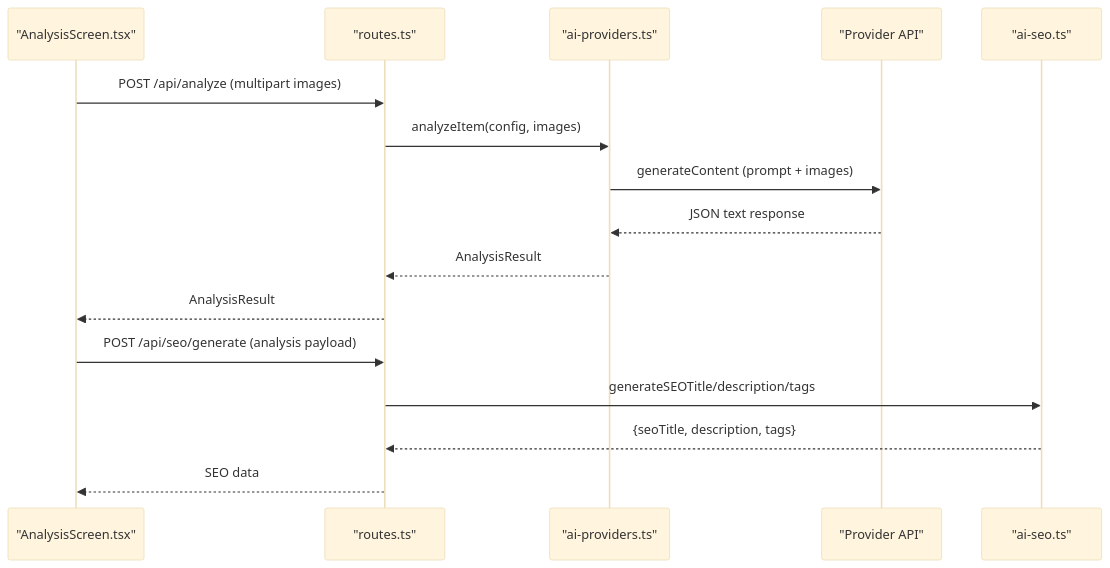
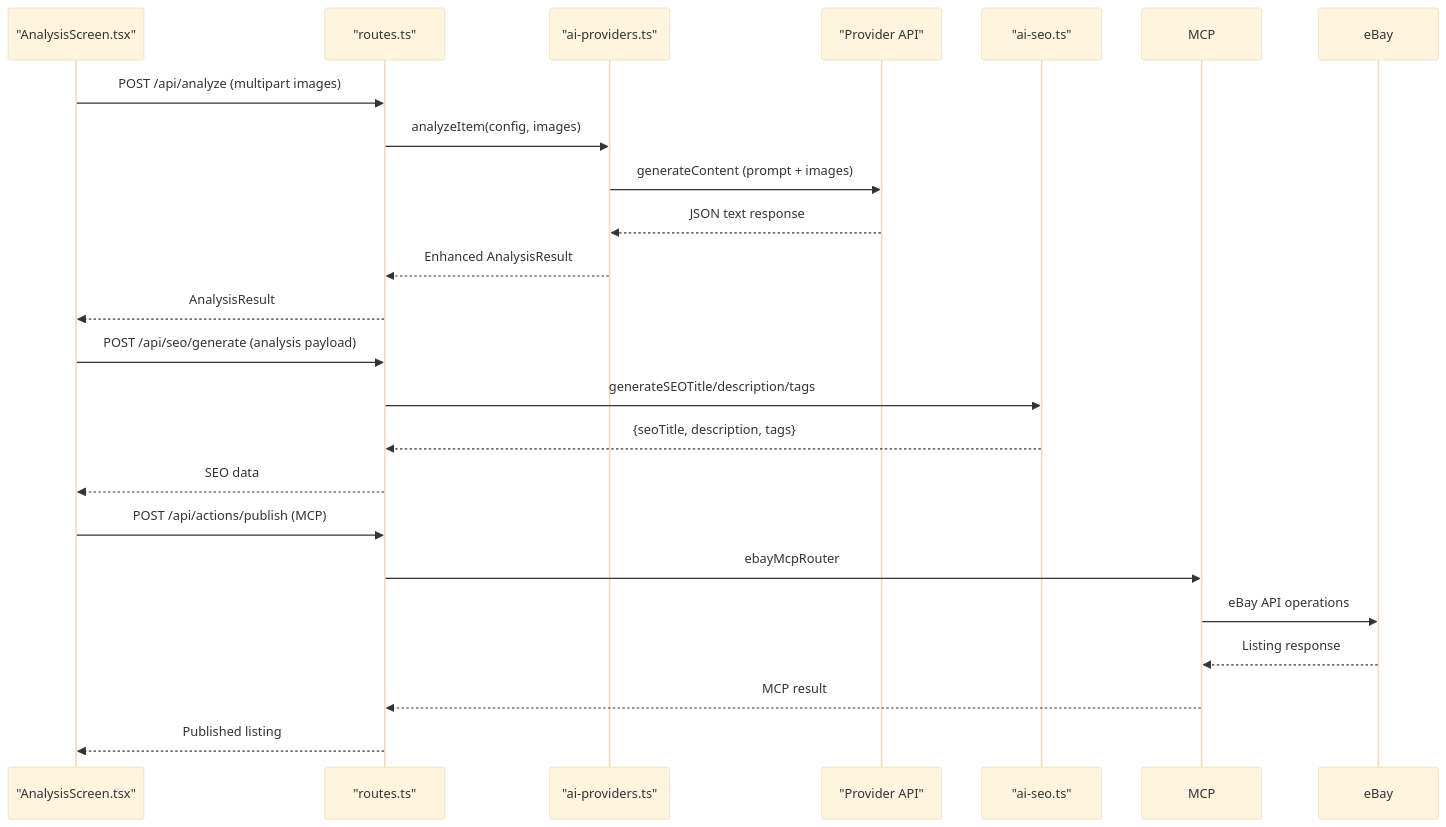
One commit to hunglevi87/Hidden-Gem changed the second of 10 diagrams in .qoder/repowiki/en/content/AI Integration/AI Integration.md. Above: the diagram before and after it, drawn with Mermaid (base theme). The commit also changed other lines of this file and 14 other files, not shown here.

First line of the commit message:
feat(ai-integration): add OpenFang provider and eBay MCP marketplace automation

````diff
--- a/.qoder/repowiki/en/content/AI Integration/AI Integration.md
+++ b/.qoder/repowiki/en/content/AI Integration/AI Integration.md
@@ -91,18 +114,24 @@
 ```mermaid
 sequenceDiagram
 participant UI as "AnalysisScreen.tsx"
 participant API as "routes.ts"
 participant Prov as "ai-providers.ts"
 participant Model as "Provider API"
 participant SEO as "ai-seo.ts"
 UI->>API : POST /api/analyze (multipart images)
 API->>Prov : analyzeItem(config, images)
 Prov->>Model : generateContent (prompt + images)
 Model-->>Prov : JSON text response
-Prov-->>API : AnalysisResult
+Prov-->>API : Enhanced AnalysisResult
 API-->>UI : AnalysisResult
 UI->>API : POST /api/seo/generate (analysis payload)
 API->>SEO : generateSEOTitle/description/tags
 SEO-->>API : {seoTitle, description, tags}
 API-->>UI : SEO data
+UI->>API : POST /api/actions/publish (MCP)
+API->>MCP : ebayMcpRouter
+MCP->>eBay : eBay API operations
+eBay-->>MCP : Listing response
+MCP-->>API : MCP result
+API-->>UI : Published listing
 ```
````
